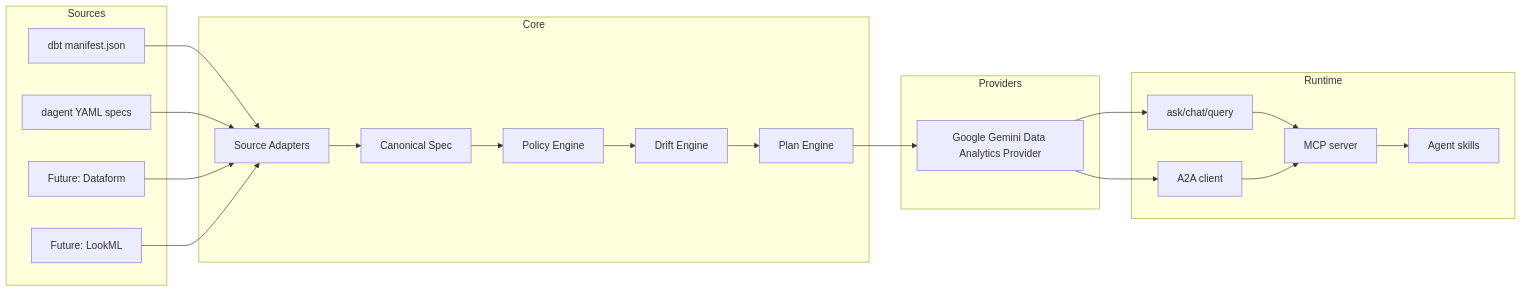
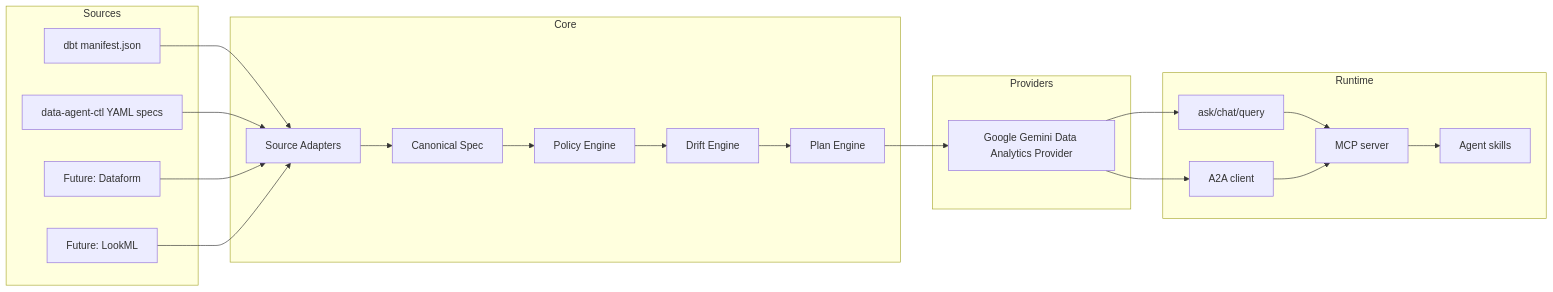
The second of 3 diagrams in docs/product_design.md (yu-iskw/data-agent-ctl), drawn with Mermaid before and after one commit. The commit also changed other lines of this file and 76 other files, not shown here.

First line of the commit message:
refactor(rename): migrate dagent package to data-agent-ctl

````diff
--- a/docs/product_design.md
+++ b/docs/product_design.md
@@ -150,39 +150,39 @@
 ```mermaid
 flowchart LR
   subgraph Sources
     DBT[dbt manifest.json]
-    YAML[dagent YAML specs]
+    YAML[data-agent-ctl YAML specs]
     DF[Future: Dataform]
     LM[Future: LookML]
   end
   subgraph Core
     SA[Source Adapters]
     SPEC[Canonical Spec]
     POL[Policy Engine]
     DIFF[Drift Engine]
     PLAN[Plan Engine]
   end
   subgraph Providers
     GDA[Google Gemini Data Analytics Provider]
   end
   subgraph Runtime
     ASK[ask/chat/query]
     A2A[A2A client]
     MCP[MCP server]
     SKILLS[Agent skills]
   end
   DBT --> SA
   YAML --> SA
   DF --> SA
   LM --> SA
   SA --> SPEC
   SPEC --> POL
   POL --> DIFF
   DIFF --> PLAN
   PLAN --> GDA
   GDA --> ASK
   GDA --> A2A
   ASK --> MCP
   A2A --> MCP
   MCP --> SKILLS
 ```
````
